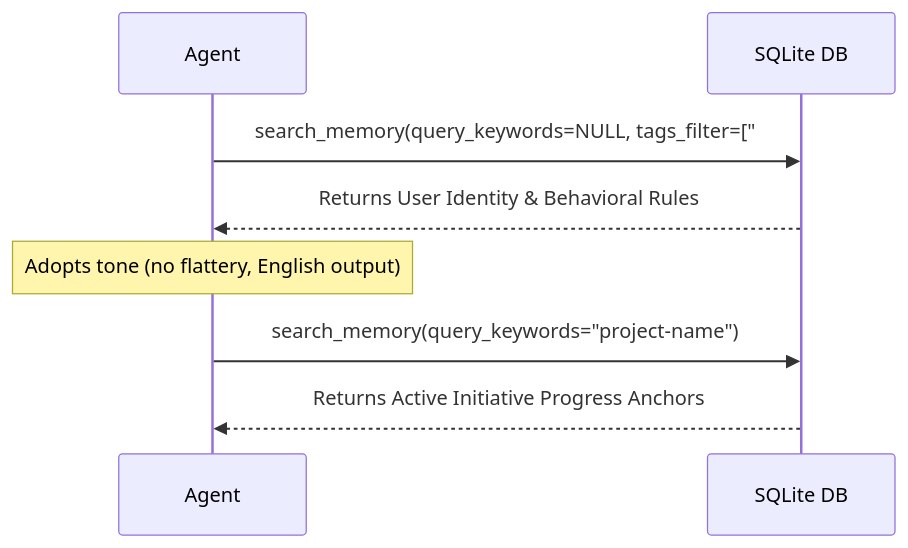
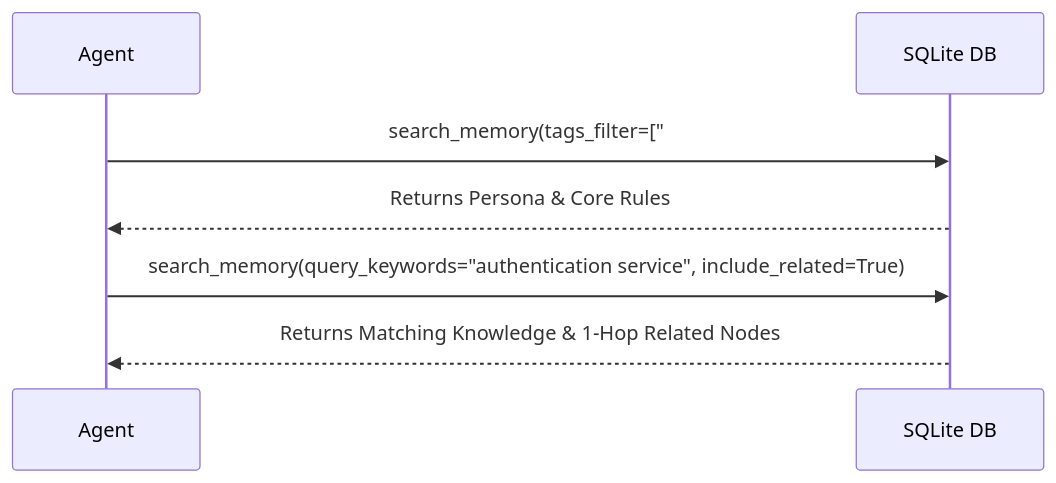
Before and after one commit to zbalint/SALTMDB: the second of 2 diagrams in AGENT_GUIDE.md, drawn with Mermaid. The commit also changed other lines of this file, not shown here.

Commit message:
docs: update AGENT_GUIDE.md with v0.1.0-alpha.24 tools, design principles, smart entity resolution, and lineage DAG

````diff
--- a/AGENT_GUIDE.md
+++ b/AGENT_GUIDE.md
@@ -93,10 +108,9 @@
 ```mermaid
 sequenceDiagram
     participant Agent
     participant DB as SQLite DB
-    Agent->>DB: search_memory(query_keywords=NULL, tags_filter=["#core"])
-    DB-->>Agent: Returns User Identity & Behavioral Rules
-    Note over Agent: Adopts tone (no flattery, English output)
-    Agent->>DB: search_memory(query_keywords="project-name")
-    DB-->>Agent: Returns Active Initiative Progress Anchors
+    Agent->>DB: search_memory(tags_filter=["#core"])
+    DB-->>Agent: Returns Persona & Core Rules
+    Agent->>DB: search_memory(query_keywords="authentication service", include_related=True)
+    DB-->>Agent: Returns Matching Knowledge & 1-Hop Related Nodes
 ```
````
